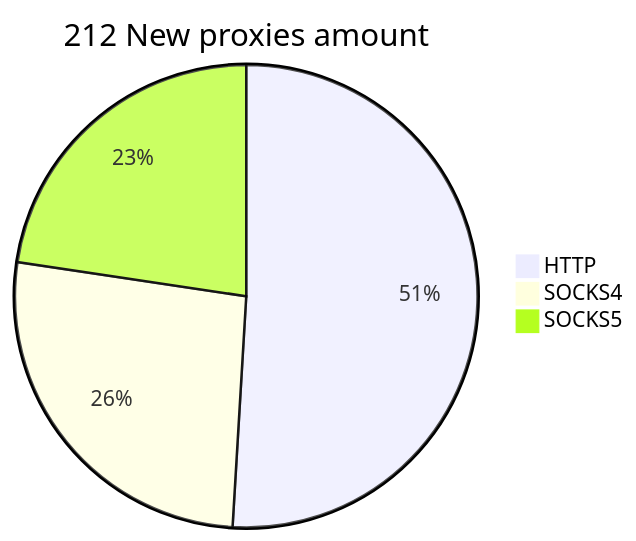
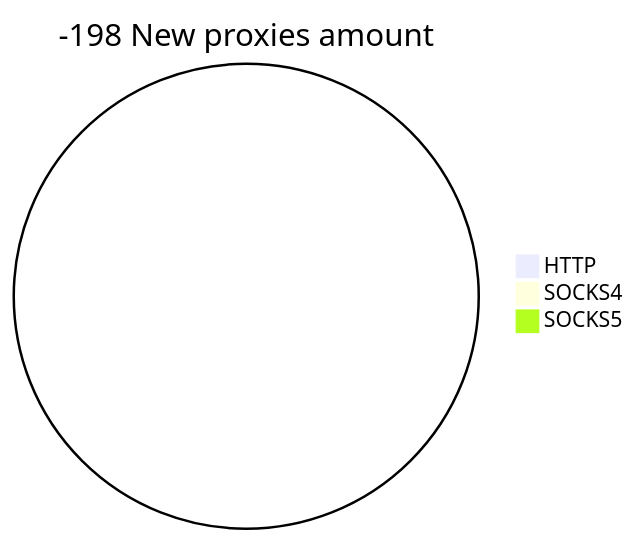
The second of 2 diagrams in README.md (cutipu/proxylist), drawn with Mermaid before and after one commit. The commit also changed other lines of this file, not shown here.

````diff
--- a/README.md
+++ b/README.md
@@ -10,6 +10,6 @@
 ```mermaid
-pie title 212 New proxies amount
-    "HTTP" : 108
-    "SOCKS4" : 56
-    "SOCKS5" : 48
+pie title -198 New proxies amount
+    "HTTP" : 0
+    "SOCKS4" : 0
+    "SOCKS5" : 0
 ```
````
